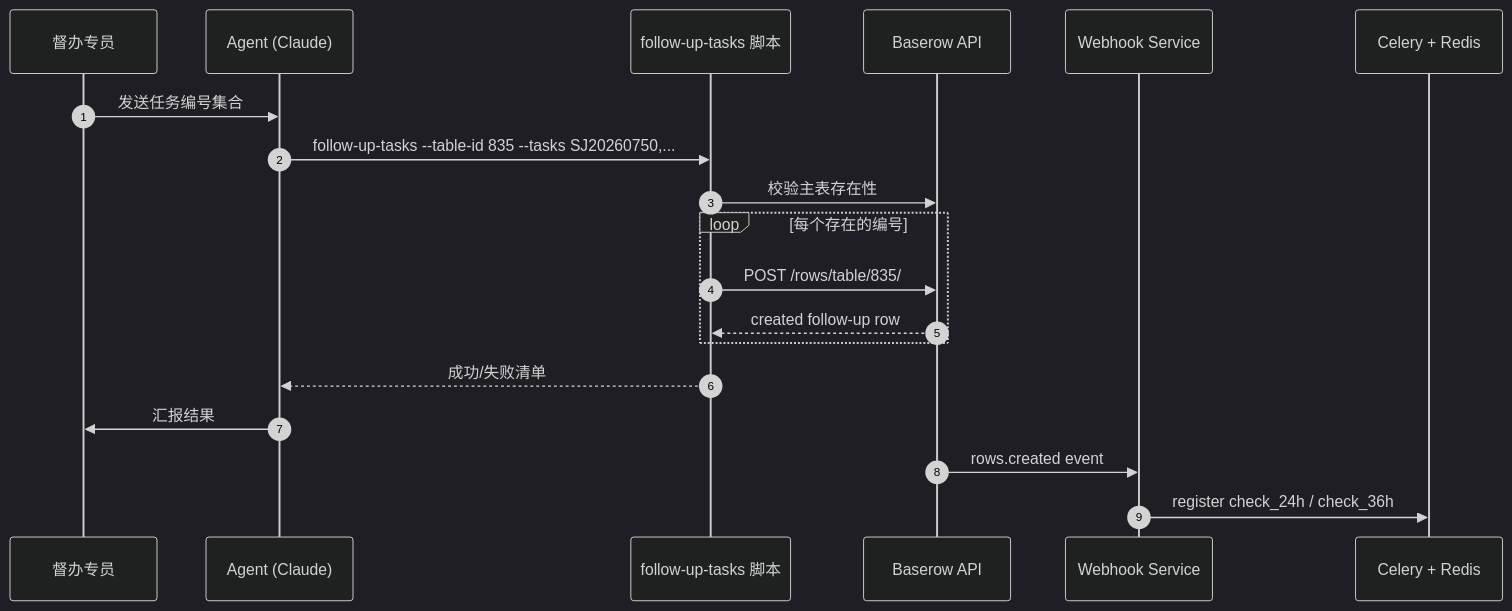
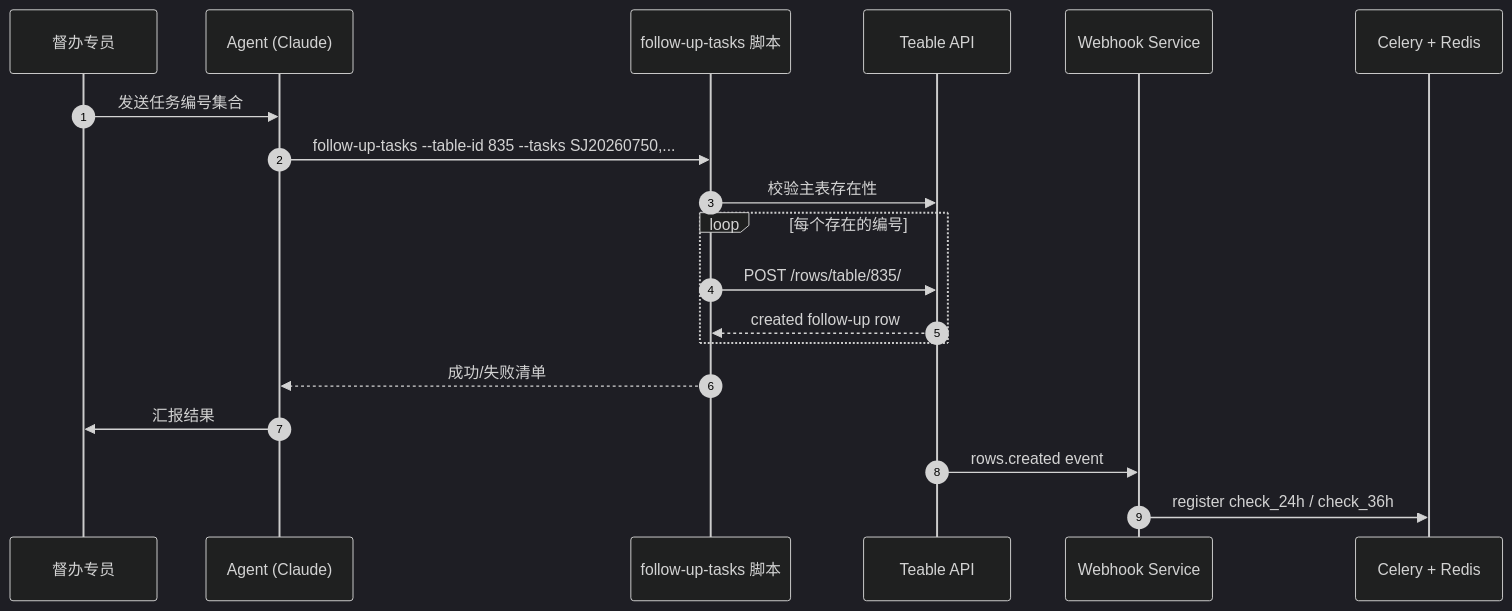
The second of 4 diagrams in issue-6/designs/supervision-collab-va/flows.md (sushanglewis/WeLink), drawn with Mermaid (dark theme) before and after one commit. The commit also changed other lines of this file and 13 other files, not shown here.

````diff
--- a/issue-6/designs/supervision-collab-va/flows.md
+++ b/issue-6/designs/supervision-collab-va/flows.md
@@ -29,22 +31,22 @@
 ```mermaid
 sequenceDiagram
     autonumber
     participant 专员 as 督办专员
     participant Agent as Agent (Claude)
     participant Script as follow-up-tasks 脚本
-    participant Baserow as Baserow API
+    participant Teable as Teable API
     participant Webhook as Webhook Service
     participant Celery as Celery + Redis
 
     专员->>Agent: 发送任务编号集合
     Agent->>Script: follow-up-tasks --table-id 835 --tasks SJ20260750,...
-    Script->>Baserow: 校验主表存在性
+    Script->>Teable: 校验主表存在性
     loop 每个存在的编号
-        Script->>Baserow: POST /rows/table/835/
-        Baserow-->>Script: created follow-up row
+        Script->>Teable: POST /rows/table/835/
+        Teable-->>Script: created follow-up row
     end
     Script-->>Agent: 成功/失败清单
     Agent->>专员: 汇报结果
-    Baserow->>Webhook: rows.created event
+    Teable->>Webhook: rows.created event
     Webhook->>Celery: register check_24h / check_36h
 ```
````
